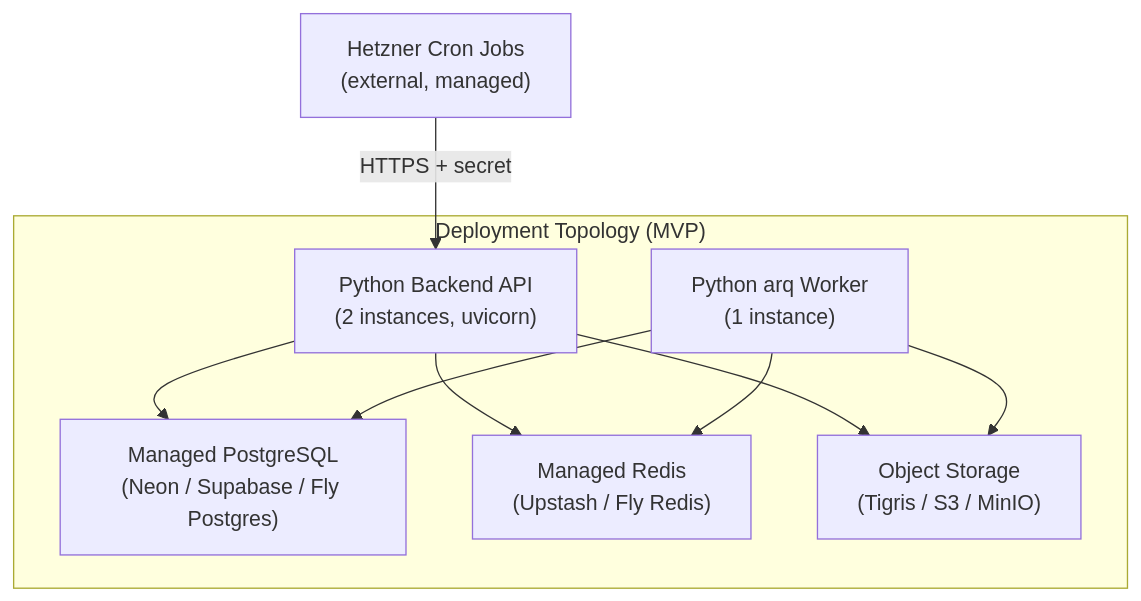
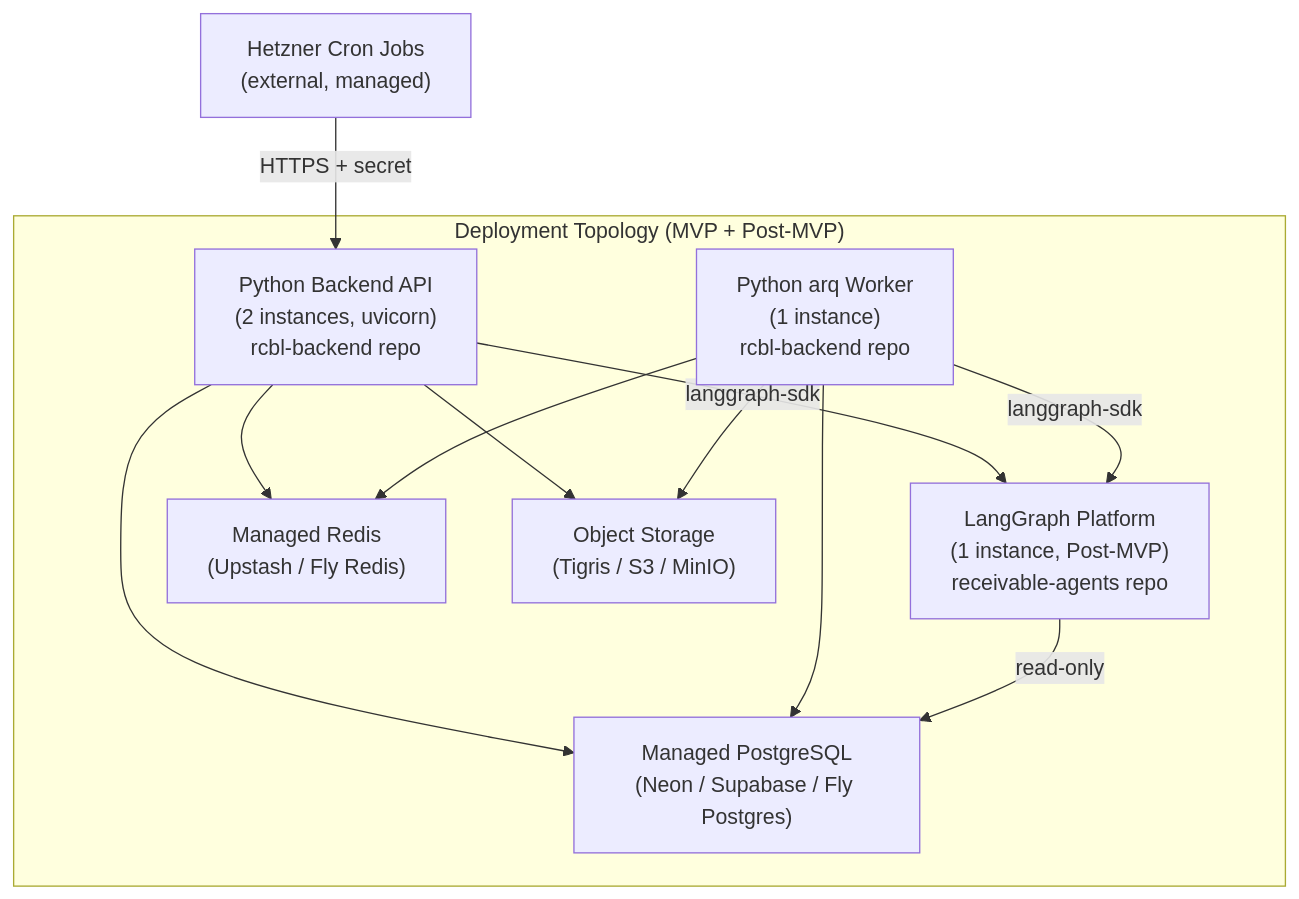
One commit to bhanu-singh/rcbl-ntfr changed diagram 13 of 16 in docs/architecture.md. Above: the diagram before and after it, drawn with Mermaid. The commit also changed other lines of this file and 1 other file, not shown here.

````diff
--- a/docs/architecture.md
+++ b/docs/architecture.md
@@ -1111,21 +1204,25 @@
 ```mermaid
 graph TB
-    subgraph DEPLOY["Deployment Topology (MVP)"]
-        API["Python Backend API<br/>(2 instances, uvicorn)"]
-        WORKER["Python arq Worker<br/>(1 instance)"]
+    subgraph DEPLOY["Deployment Topology (MVP + Post-MVP)"]
+        API["Python Backend API<br/>(2 instances, uvicorn)<br/>rcbl-backend repo"]
+        WORKER["Python arq Worker<br/>(1 instance)<br/>rcbl-backend repo"]
+        AGENT["LangGraph Platform<br/>(1 instance, Post-MVP)<br/>receivable-agents repo"]
 
         PG["Managed PostgreSQL<br/>(Neon / Supabase / Fly Postgres)"]
         REDIS["Managed Redis<br/>(Upstash / Fly Redis)"]
         OBJ["Object Storage<br/>(Tigris / S3 / MinIO)"]
     end
 
     HETZNER["Hetzner Cron Jobs<br/>(external, managed)"]
 
     API --> PG
     API --> REDIS
     API --> OBJ
+    API -->|"langgraph-sdk"| AGENT
     WORKER --> PG
     WORKER --> REDIS
     WORKER --> OBJ
+    WORKER -->|"langgraph-sdk"| AGENT
+    AGENT -->|"read-only"| PG
     HETZNER -->|"HTTPS + secret"| API
 ```
````
